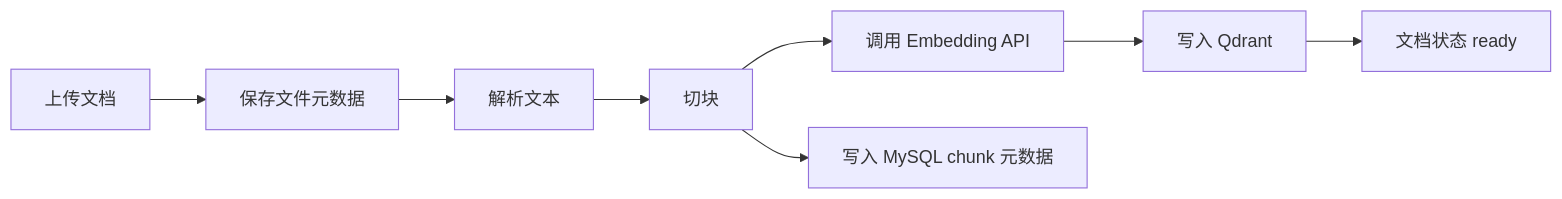
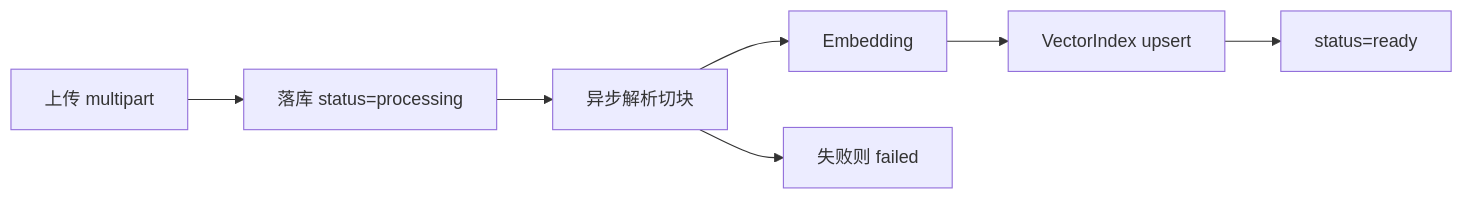
One commit to farhub-wq/AI- changed the third of 4 diagrams in docs/业务流程说明.md. Above: the diagram before and after it, drawn with Mermaid. The commit also changed other lines of this file and 5 other files, not shown here.

````diff
--- a/docs/业务流程说明.md
+++ b/docs/业务流程说明.md
@@ -73,10 +86,9 @@
 ```mermaid
 flowchart LR
-    A[上传文档] --> B[保存文件元数据]
-    B --> C[解析文本]
-    C --> D[切块]
-    D --> E[调用 Embedding API]
-    E --> F[写入 Qdrant]
-    D --> G[写入 MySQL chunk 元数据]
-    F --> H[文档状态 ready]
+    A[上传 multipart] --> B[落库 status=processing]
+    B --> C[异步解析切块]
+    C --> D[Embedding]
+    D --> E[VectorIndex upsert]
+    E --> F[status=ready]
+    C --> G[失败则 failed]
 ```
````
